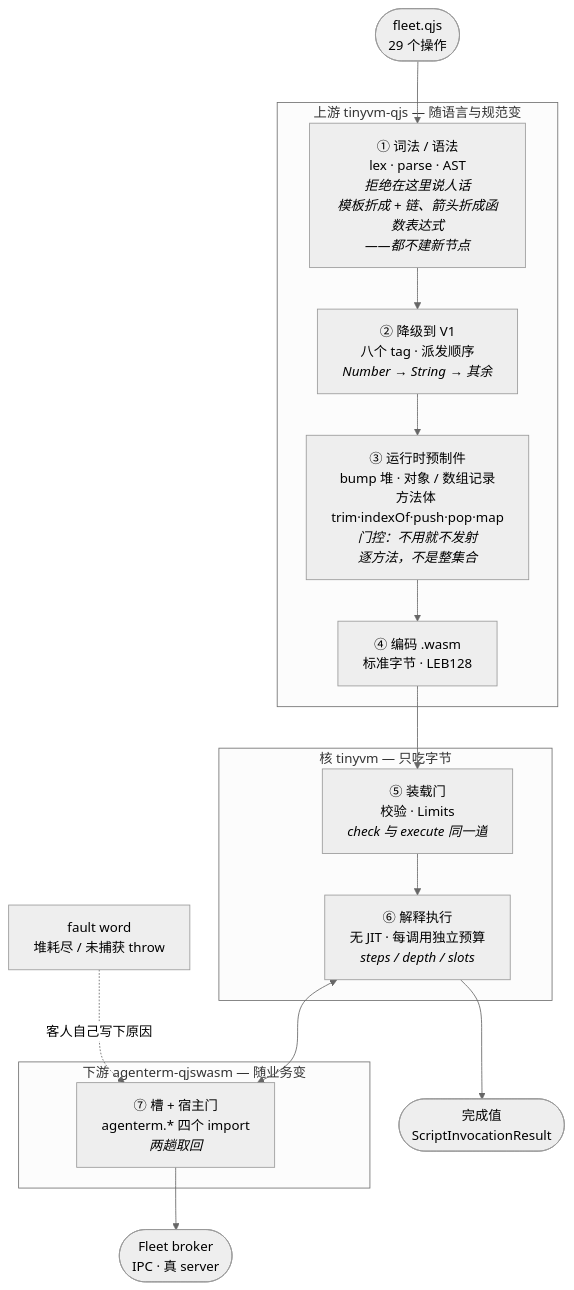
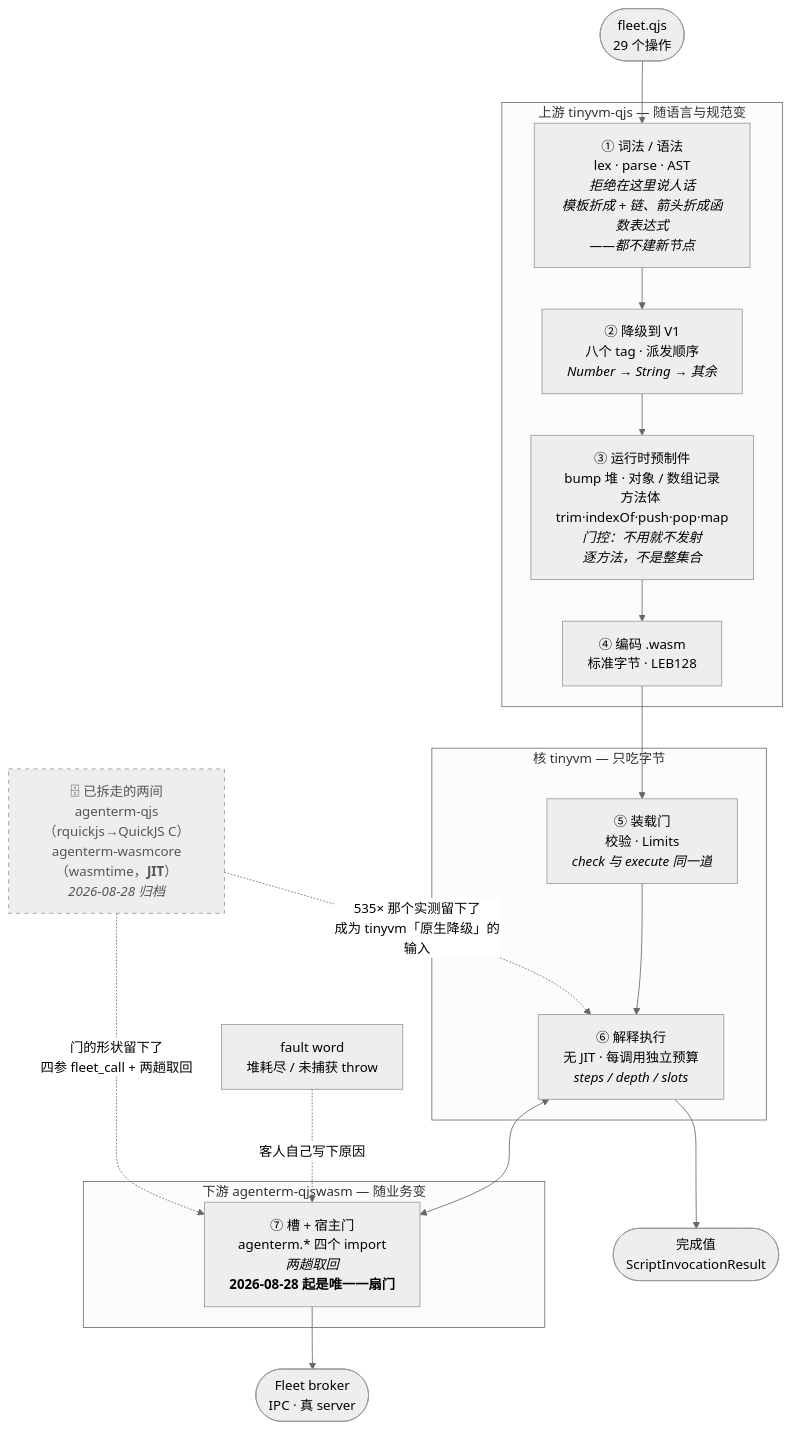
Before and after one commit to partnernetsoftware/agenterm: the diagram in prd/PRD_02_36_agenterm_qjswasm.md, drawn with Mermaid (neutral theme). The commit also changed other lines of this file and 27 other files, not shown here.

````diff
--- a/prd/PRD_02_36_agenterm_qjswasm.md
+++ b/prd/PRD_02_36_agenterm_qjswasm.md
@@ -959,27 +975,33 @@
 ```mermaid
 flowchart TD
   subgraph UP["上游 tinyvm-qjs — 随语言与规范变"]
     R1["① 词法 / 语法<br/>lex · parse · AST<br/><i>拒绝在这里说人话</i><br/><i>模板折成 + 链、箭头折成函数表达式</i><br/><i>——都不建新节点</i>"]
     R2["② 降级到 V1<br/>八个 tag · 派发顺序<br/><i>Number → String → 其余</i>"]
     R3["③ 运行时预制件<br/>bump 堆 · 对象 / 数组记录<br/>方法体 trim·indexOf·push·pop·map<br/><i>门控：不用就不发射</i><br/><i>逐方法，不是整集合</i>"]
     R4["④ 编码 .wasm<br/>标准字节 · LEB128"]
     R1 --> R2 --> R3 --> R4
   end
 
   subgraph CORE["核 tinyvm — 只吃字节"]
     R5["⑤ 装载门<br/>校验 · Limits<br/><i>check 与 execute 同一道</i>"]
     R6["⑥ 解释执行<br/>无 JIT · 每调用独立预算<br/><i>steps / depth / slots</i>"]
     R5 --> R6
   end
 
   subgraph DOWN["下游 agenterm-qjswasm — 随业务变"]
-    R7["⑦ 槽 + 宿主门<br/>agenterm.* 四个 import<br/><i>两趟取回</i>"]
+    R7["⑦ 槽 + 宿主门<br/>agenterm.* 四个 import<br/><i>两趟取回</i><br/><b>2026-08-28 起是唯一一扇门</b>"]
   end
 
   SRC(["fleet.qjs<br/>29 个操作"]) --> R1
   R4 --> R5
   R6 <--> R7
   R7 --> BRK(["Fleet broker<br/>IPC · 真 server"])
   R6 --> OUT(["完成值<br/>ScriptInvocationResult"])
   FW["fault word<br/>堆耗尽 / 未捕获 throw"] -.->|"客人自己写下原因"| R7
+
+  GONE["🗄 已拆走的两间<br/>agenterm-qjs（rquickjs→QuickJS C）<br/>agenterm-wasmcore（wasmtime，<b>JIT</b>）<br/><i>2026-08-28 归档</i>"]
+  GONE -.->|"门的形状留下了<br/>四参 fleet_call + 两趟取回"| R7
+  GONE -.->|"535× 那个实测留下了<br/>成为 tinyvm「原生降级」的输入"| R6
+
+  style GONE fill:#eee,stroke:#999,stroke-dasharray: 5 5,color:#555
 ```
````
